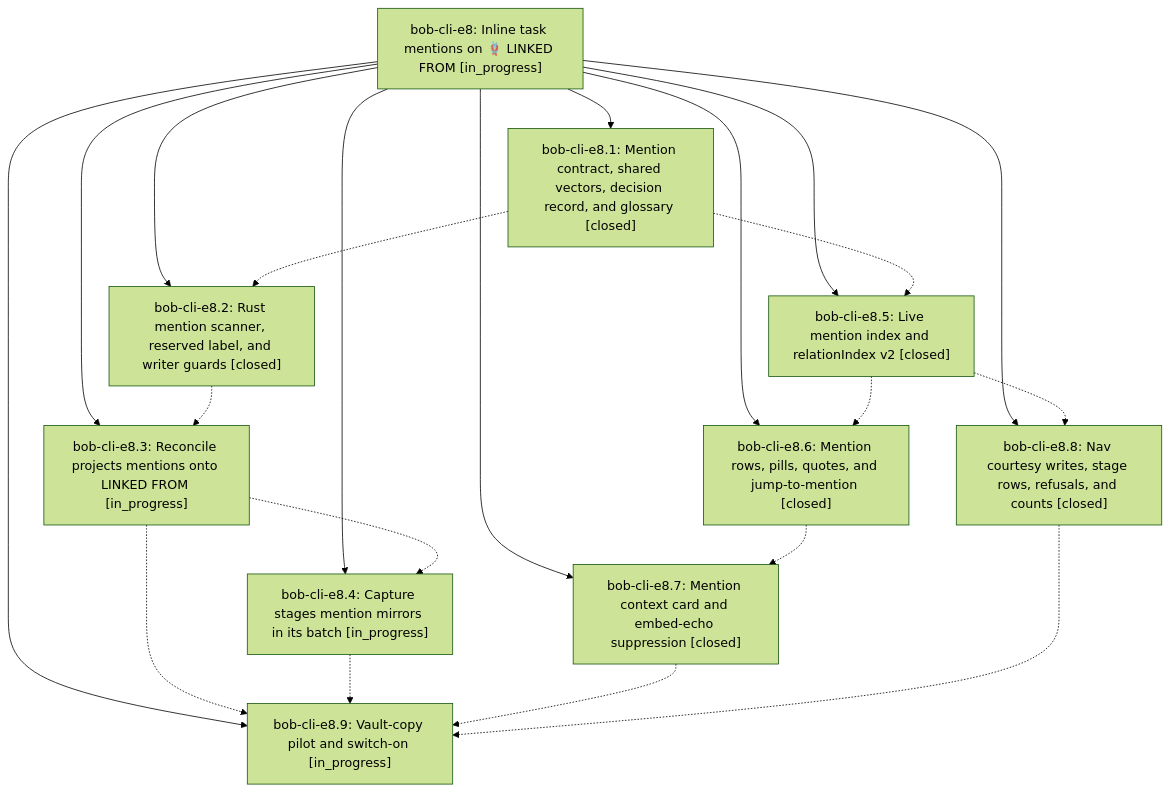
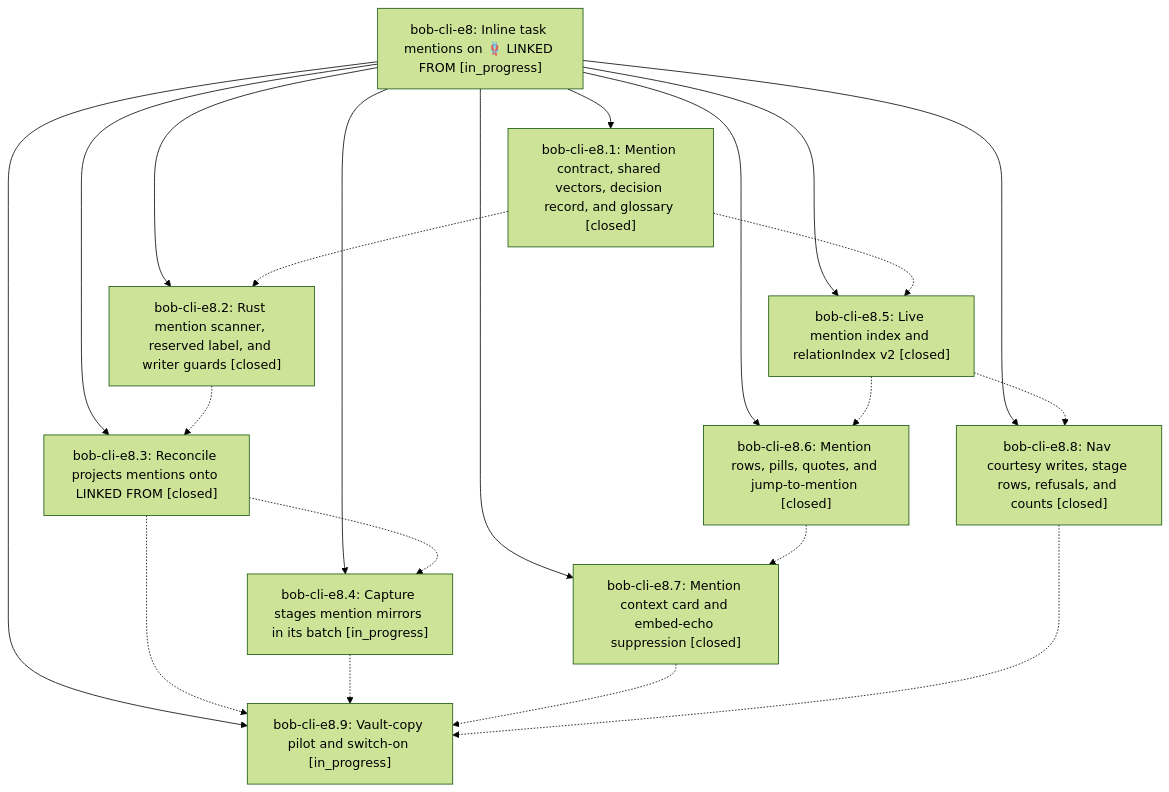
One commit to bobs-org/bob-cli--beads changed the diagram in pages/bob-cli-e8/README.md. Above: the diagram before and after it, drawn with Mermaid (forest theme). The commit also changed other lines of this file and 4 other files, not shown here.

First line of the commit message:
chore(beads): sync bead state and pages for bob-cli-e8

````diff
--- a/pages/bob-cli-e8/README.md
+++ b/pages/bob-cli-e8/README.md
@@ -44,33 +44,33 @@
 ```mermaid
 flowchart TD
     n0["bob-cli-e8: Inline task mentions on 🪢 LINKED FROM [in_progress]"]
     n1["bob-cli-e8.1: Mention contract, shared vectors, decision record, and glossary [closed]"]
     n2["bob-cli-e8.2: Rust mention scanner, reserved label, and writer guards [closed]"]
-    n3["bob-cli-e8.3: Reconcile projects mentions onto LINKED FROM [in_progress]"]
+    n3["bob-cli-e8.3: Reconcile projects mentions onto LINKED FROM [closed]"]
     n4["bob-cli-e8.4: Capture stages mention mirrors in its batch [in_progress]"]
     n5["bob-cli-e8.5: Live mention index and relationIndex v2 [closed]"]
     n6["bob-cli-e8.6: Mention rows, pills, quotes, and jump-to-mention [closed]"]
     n7["bob-cli-e8.7: Mention context card and embed-echo suppression [closed]"]
     n8["bob-cli-e8.8: Nav courtesy writes, stage rows, refusals, and counts [closed]"]
     n9["bob-cli-e8.9: Vault-copy pilot and switch-on [in_progress]"]
     n0 --> n1
     n0 --> n2
     n0 --> n3
     n0 --> n4
     n0 --> n5
     n0 --> n6
     n0 --> n7
     n0 --> n8
     n0 --> n9
     n1 -.-> n2
     n1 -.-> n5
     n2 -.-> n3
     n3 -.-> n4
     n3 -.-> n9
     n4 -.-> n9
     n5 -.-> n6
     n5 -.-> n8
     n6 -.-> n7
     n7 -.-> n9
     n8 -.-> n9
 ```
````
